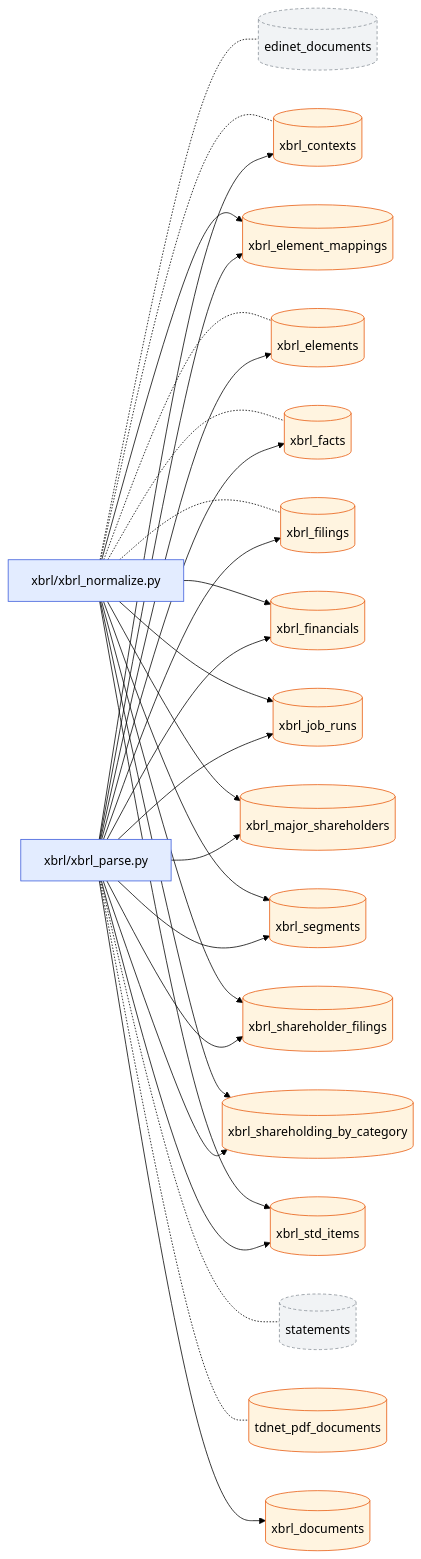
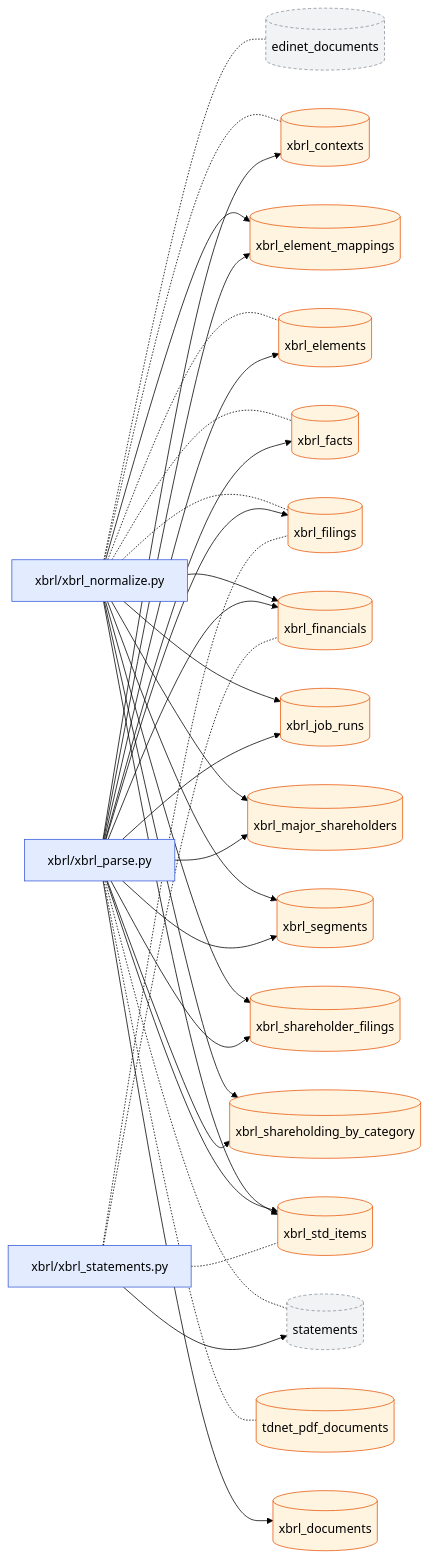
One commit to pekumirui/stock-analyzer changed the first of 2 diagrams in docs/dataflow/xbrl.md. Above: the diagram before and after it, drawn with Mermaid (forest theme). The commit also changed other lines of this file and 14 other files, not shown here.

First line of the commit message:
improve(KAB-383): 短信 XBRL から statements の行を作る変換と突合ツール（cron はまだ）

````diff
--- a/docs/dataflow/xbrl.md
+++ b/docs/dataflow/xbrl.md
@@ -9,53 +9,58 @@
 ```mermaid
 flowchart LR
   n0["xbrl/xbrl_normalize.py"]:::job
   n1["xbrl/xbrl_parse.py"]:::job
-  n2[("edinet_documents")]:::ext
-  n3[("statements")]:::ext
-  n4[("tdnet_pdf_documents")]:::tbl
-  n5[("xbrl_contexts")]:::tbl
-  n6[("xbrl_documents")]:::tbl
-  n7[("xbrl_element_mappings")]:::tbl
-  n8[("xbrl_elements")]:::tbl
-  n9[("xbrl_facts")]:::tbl
-  n10[("xbrl_filings")]:::tbl
-  n11[("xbrl_financials")]:::tbl
-  n12[("xbrl_job_runs")]:::tbl
-  n13[("xbrl_major_shareholders")]:::tbl
-  n14[("xbrl_segments")]:::tbl
-  n15[("xbrl_shareholder_filings")]:::tbl
-  n16[("xbrl_shareholding_by_category")]:::tbl
-  n17[("xbrl_std_items")]:::tbl
-  n0 -.- n2
-  n0 -.- n5
-  n0 --> n7
-  n0 -.- n8
+  n2["xbrl/xbrl_statements.py"]:::job
+  n3[("edinet_documents")]:::ext
+  n4[("statements")]:::ext
+  n5[("tdnet_pdf_documents")]:::tbl
+  n6[("xbrl_contexts")]:::tbl
+  n7[("xbrl_documents")]:::tbl
+  n8[("xbrl_element_mappings")]:::tbl
+  n9[("xbrl_elements")]:::tbl
+  n10[("xbrl_facts")]:::tbl
+  n11[("xbrl_filings")]:::tbl
+  n12[("xbrl_financials")]:::tbl
+  n13[("xbrl_job_runs")]:::tbl
+  n14[("xbrl_major_shareholders")]:::tbl
+  n15[("xbrl_segments")]:::tbl
+  n16[("xbrl_shareholder_filings")]:::tbl
+  n17[("xbrl_shareholding_by_category")]:::tbl
+  n18[("xbrl_std_items")]:::tbl
+  n0 -.- n3
+  n0 -.- n6
+  n0 --> n8
   n0 -.- n9
   n0 -.- n10
-  n0 --> n11
+  n0 -.- n11
   n0 --> n12
   n0 --> n13
   n0 --> n14
   n0 --> n15
   n0 --> n16
   n0 --> n17
-  n1 -.- n3
+  n0 --> n18
   n1 -.- n4
-  n1 --> n5
+  n1 -.- n5
   n1 --> n6
   n1 --> n7
   n1 --> n8
   n1 --> n9
   n1 --> n10
   n1 --> n11
   n1 --> n12
   n1 --> n13
   n1 --> n14
   n1 --> n15
   n1 --> n16
   n1 --> n17
+  n1 --> n18
+  n2 --> n4
+  n2 -.- n11
+  n2 -.- n12
+  n2 -.- n18
   classDef job fill:#e3ecff,stroke:#3b5bdb
   classDef api fill:#e6f7ec,stroke:#2b8a3e
   classDef tbl fill:#fff4e0,stroke:#e8590c
   classDef ext fill:#f1f3f5,stroke:#868e96,stroke-dasharray:4 3
 ```
````
